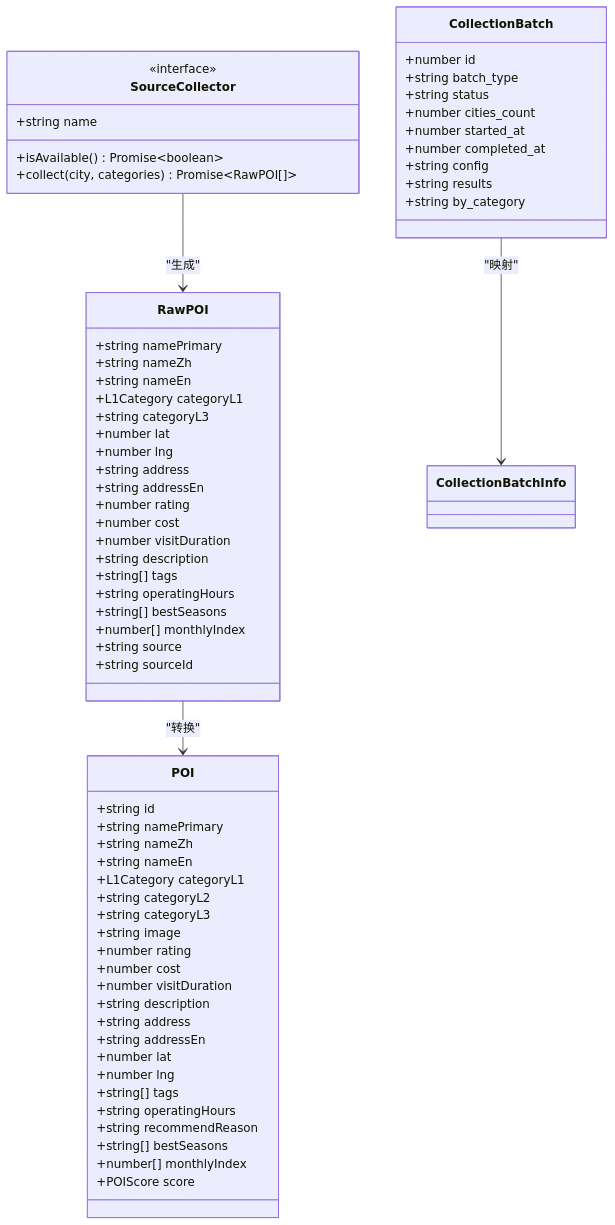
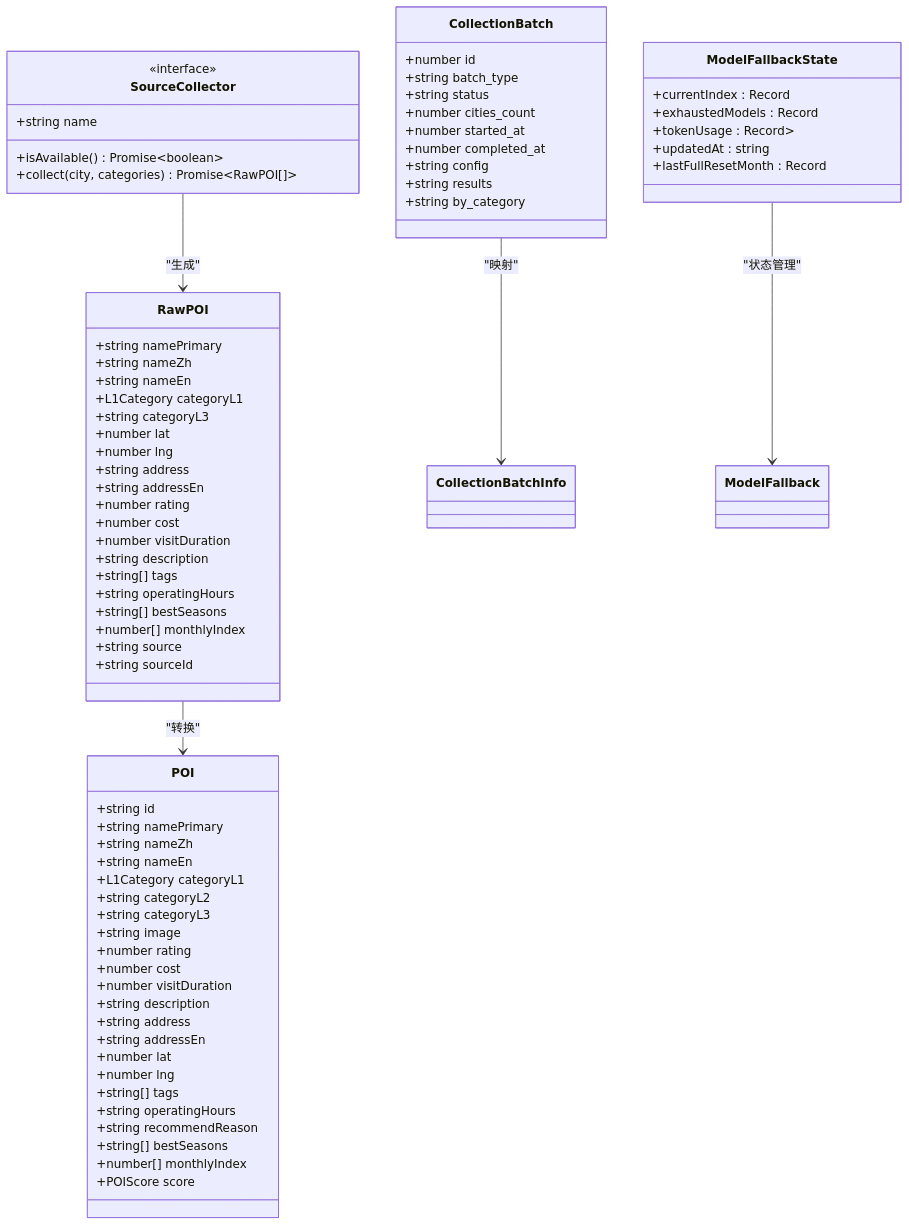
The second of 13 diagrams in .qoder/repowiki/zh/content/AI数据采集系统/AI数据采集系统.md (ititjjy/AITrip-plan), drawn with Mermaid before and after one commit. The commit also changed other lines of this file and 17 other files, not shown here.

````diff
--- a/.qoder/repowiki/zh/content/AI数据采集系统/AI数据采集系统.md
+++ b/.qoder/repowiki/zh/content/AI数据采集系统/AI数据采集系统.md
@@ -120,68 +133,76 @@
 ```mermaid
 classDiagram
 class RawPOI {
 +string namePrimary
 +string nameZh
 +string nameEn
 +L1Category categoryL1
 +string categoryL3
 +number lat
 +number lng
 +string address
 +string addressEn
 +number rating
 +number cost
 +number visitDuration
 +string description
 +string[] tags
 +string operatingHours
 +string[] bestSeasons
 +number[] monthlyIndex
 +string source
 +string sourceId
 }
 class POI {
 +string id
 +string namePrimary
 +string nameZh
 +string nameEn
 +L1Category categoryL1
 +string categoryL2
 +string categoryL3
 +string image
 +number rating
 +number cost
 +number visitDuration
 +string description
 +string address
 +string addressEn
 +number lat
 +number lng
 +string[] tags
 +string operatingHours
 +string recommendReason
 +string[] bestSeasons
 +number[] monthlyIndex
 +POIScore score
 }
 class SourceCollector {
 <<interface>>
 +string name
 +isAvailable() Promise~boolean~
 +collect(city, categories) Promise~RawPOI[]~
 }
 class CollectionBatch {
 +number id
 +string batch_type
 +string status
 +number cities_count
 +number started_at
 +number completed_at
 +string config
 +string results
 +string by_category
 }
+class ModelFallbackState {
++currentIndex : Record<string, number>
++exhaustedModels : Record<string, string[]>
++tokenUsage : Record<string, Record<string, number>>
++updatedAt : string
++lastFullResetMonth : Record<string, number>
+}
 RawPOI --> POI : "转换"
 SourceCollector --> RawPOI : "生成"
 CollectionBatch --> CollectionBatchInfo : "映射"
+ModelFallbackState --> ModelFallback : "状态管理"
 ```
````
